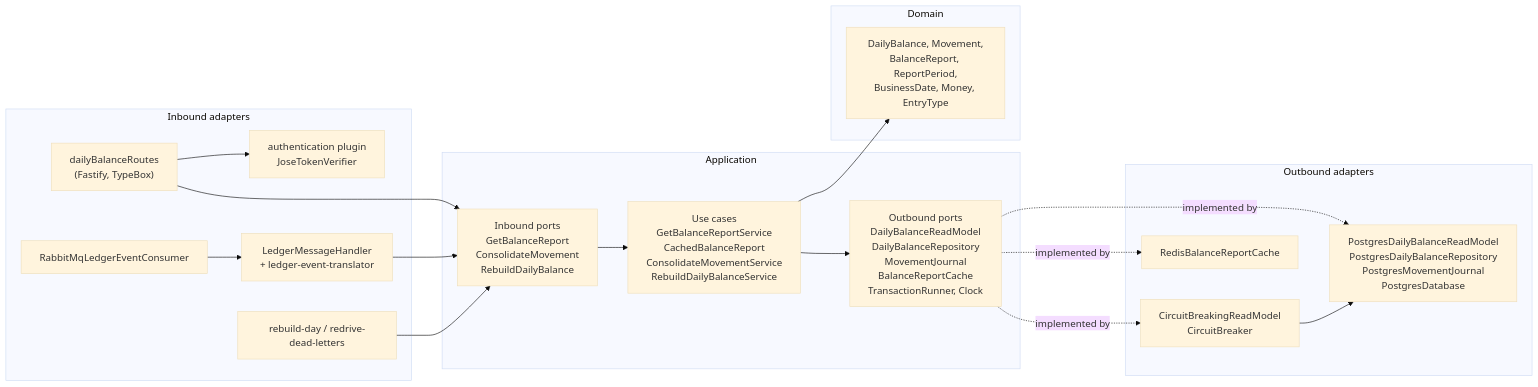
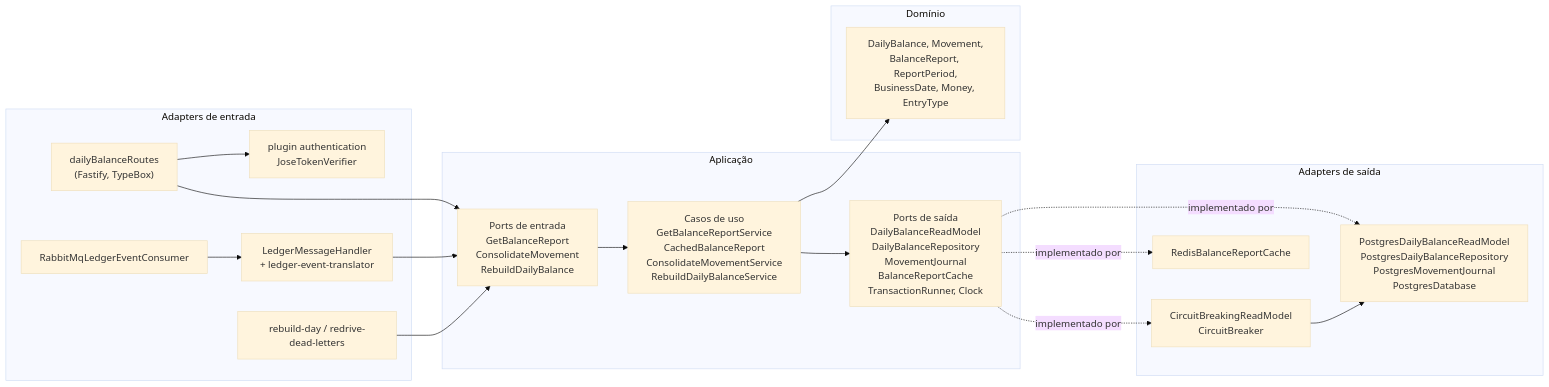
The third of 8 diagrams in docs/03-target-architecture.md (joaorizzont/cash-flow-test), drawn with Mermaid (base theme) before and after one commit. The commit also changed other lines of this file and 23 other files, not shown here.

First line of the commit message:
docs: translate architecture documentation to portuguese

````diff
--- a/docs/03-target-architecture.md
+++ b/docs/03-target-architecture.md
@@ -114,38 +114,38 @@
 ```mermaid
 flowchart LR
-  subgraph inbound["Inbound adapters"]
+  subgraph inbound["Adapters de entrada"]
     routes["dailyBalanceRoutes<br/>(Fastify, TypeBox)"]
-    auth["authentication plugin<br/>JoseTokenVerifier"]
+    auth["plugin authentication<br/>JoseTokenVerifier"]
     consumerA["RabbitMqLedgerEventConsumer"]
     handler["LedgerMessageHandler<br/>+ ledger-event-translator"]
     cli["rebuild-day / redrive-dead-letters"]
   end
 
-  subgraph app["Application"]
-    portsIn["Inbound ports<br/>GetBalanceReport<br/>ConsolidateMovement<br/>RebuildDailyBalance"]
-    uc["Use cases<br/>GetBalanceReportService<br/>CachedBalanceReport<br/>ConsolidateMovementService<br/>RebuildDailyBalanceService"]
-    portsOut["Outbound ports<br/>DailyBalanceReadModel<br/>DailyBalanceRepository<br/>MovementJournal<br/>BalanceReportCache<br/>TransactionRunner, Clock"]
+  subgraph app["Aplicação"]
+    portsIn["Ports de entrada<br/>GetBalanceReport<br/>ConsolidateMovement<br/>RebuildDailyBalance"]
+    uc["Casos de uso<br/>GetBalanceReportService<br/>CachedBalanceReport<br/>ConsolidateMovementService<br/>RebuildDailyBalanceService"]
+    portsOut["Ports de saída<br/>DailyBalanceReadModel<br/>DailyBalanceRepository<br/>MovementJournal<br/>BalanceReportCache<br/>TransactionRunner, Clock"]
   end
 
-  subgraph domain["Domain"]
+  subgraph domain["Domínio"]
     dom["DailyBalance, Movement,<br/>BalanceReport, ReportPeriod,<br/>BusinessDate, Money, EntryType"]
   end
 
-  subgraph outbound["Outbound adapters"]
+  subgraph outbound["Adapters de saída"]
     pg["PostgresDailyBalanceReadModel<br/>PostgresDailyBalanceRepository<br/>PostgresMovementJournal<br/>PostgresDatabase"]
     breaker["CircuitBreakingReadModel<br/>CircuitBreaker"]
     cache["RedisBalanceReportCache"]
   end
 
   routes --> auth
   routes --> portsIn
   consumerA --> handler --> portsIn
   cli --> portsIn
   portsIn --> uc
   uc --> dom
   uc --> portsOut
-  portsOut -.implemented by.-> pg
-  portsOut -.implemented by.-> breaker
-  portsOut -.implemented by.-> cache
+  portsOut -.implementado por.-> pg
+  portsOut -.implementado por.-> breaker
+  portsOut -.implementado por.-> cache
   breaker --> pg
 ```
````
